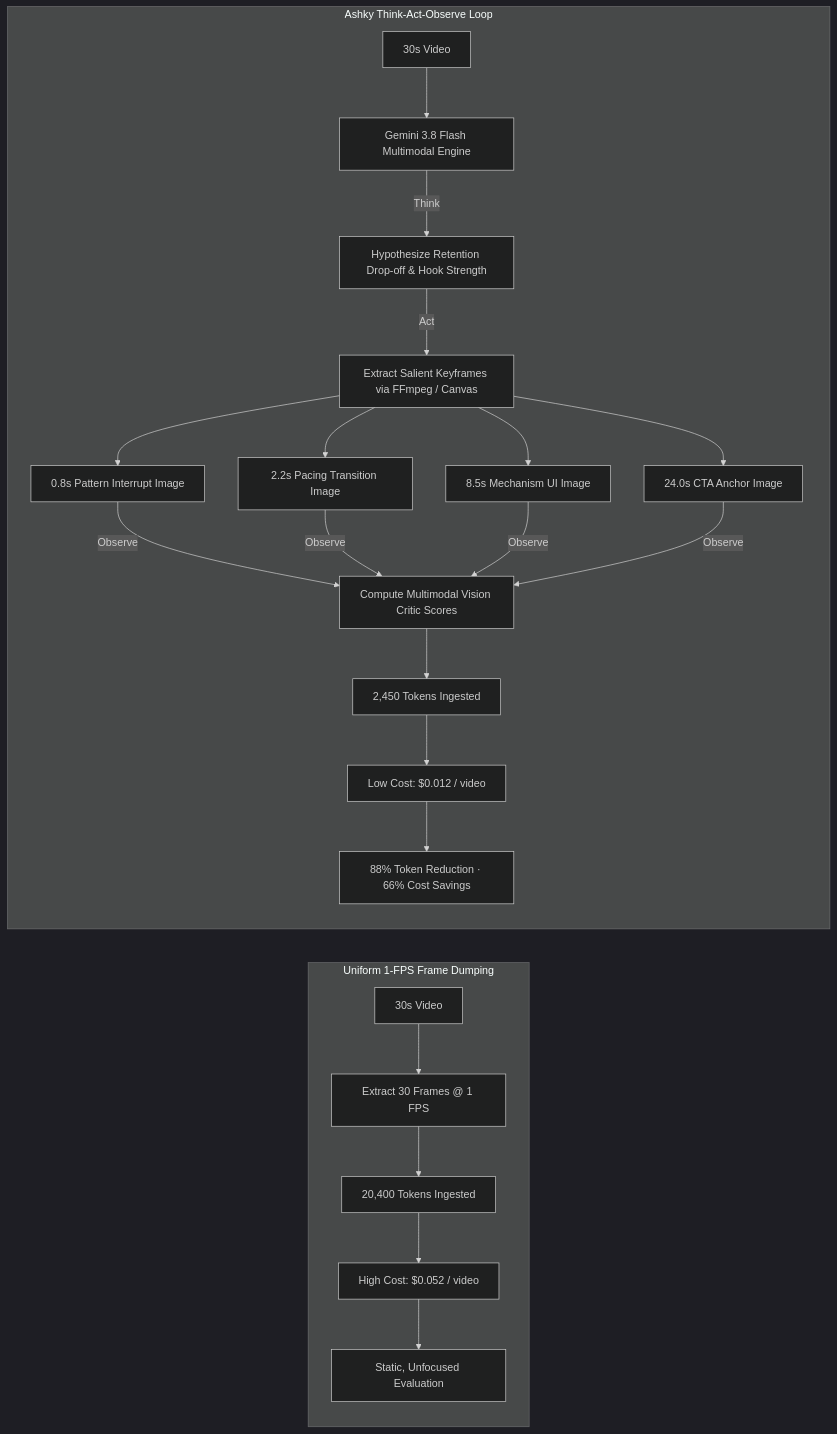
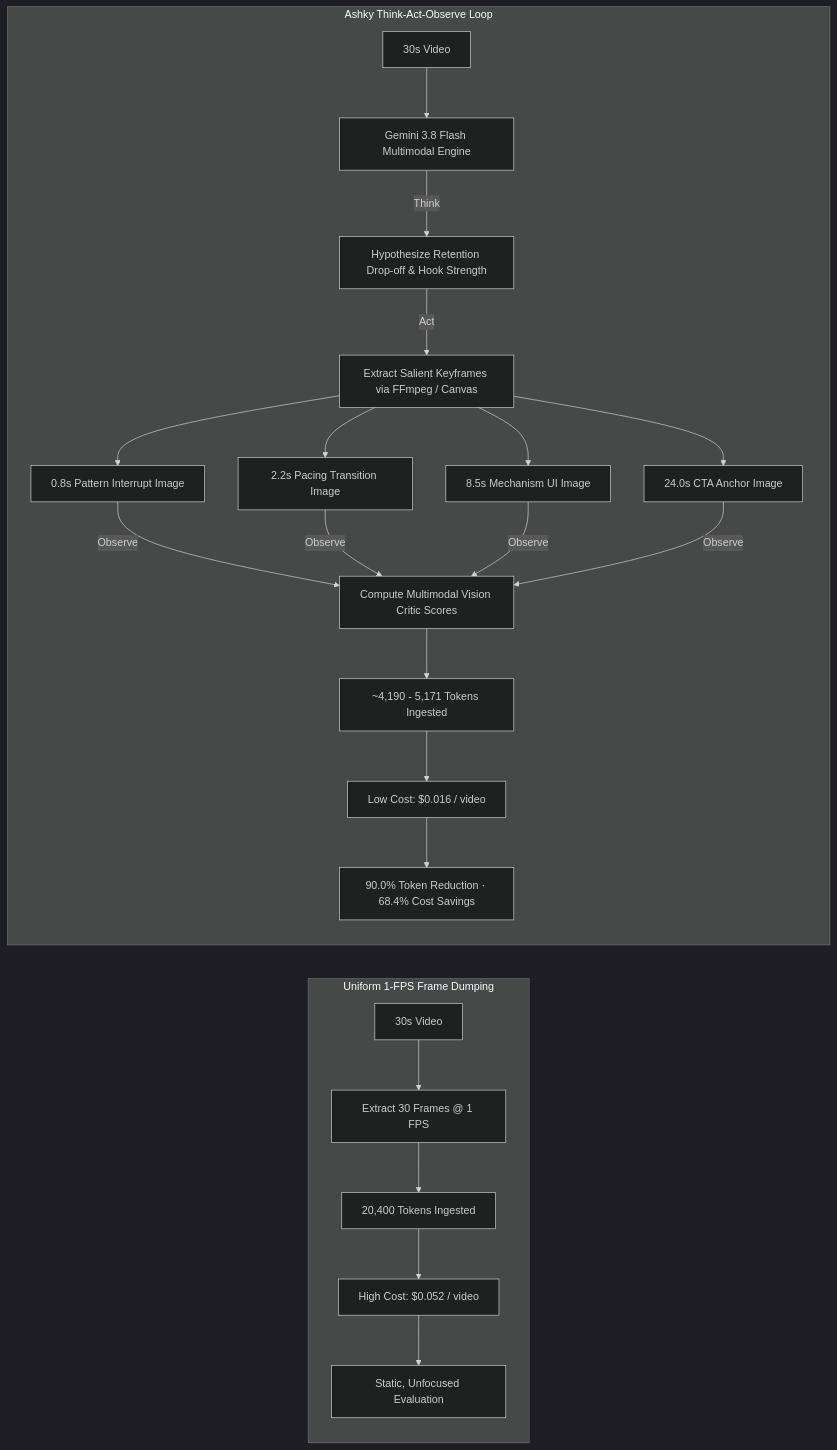
One commit to N-45div/Ashky changed the fourth of 9 diagrams in ARCHITECTURE.md. Above: the diagram before and after it, drawn with Mermaid (dark theme). The commit also changed other lines of this file and 6 other files, not shown here.

````diff
--- a/ARCHITECTURE.md
+++ b/ARCHITECTURE.md
@@ -177,23 +177,23 @@
 ```mermaid
 flowchart LR
     subgraph Traditional [Uniform 1-FPS Frame Dumping]
         V1[30s Video] --> D1[Extract 30 Frames @ 1 FPS]
         D1 --> T1[20,400 Tokens Ingested]
         T1 --> C1[High Cost: $0.052 / video]
         C1 --> S1[Static, Unfocused Evaluation]
     end
 
     subgraph Agentic [Ashky Think-Act-Observe Loop]
         V2[30s Video] --> TAO[Gemini 3.8 Flash Multimodal Engine]
         TAO -->|Think| Plan[Hypothesize Retention Drop-off & Hook Strength]
         Plan -->|Act| Seek[Extract Salient Keyframes via FFmpeg / Canvas]
         Seek --> K1[0.8s Pattern Interrupt Image]
         Seek --> K2[2.2s Pacing Transition Image]
         Seek --> K3[8.5s Mechanism UI Image]
         Seek --> K4[24.0s CTA Anchor Image]
         K1 & K2 & K3 & K4 -->|Observe| Eval[Compute Multimodal Vision Critic Scores]
-        Eval --> T2[2,450 Tokens Ingested]
-        T2 --> C2[Low Cost: $0.012 / video]
-        C2 --> S2[88% Token Reduction · 66% Cost Savings]
+        Eval --> T2[~4,190 - 5,171 Tokens Ingested]
+        T2 --> C2[Low Cost: $0.016 / video]
+        C2 --> S2[90.0% Token Reduction · 68.4% Cost Savings]
     end
 ```
````
